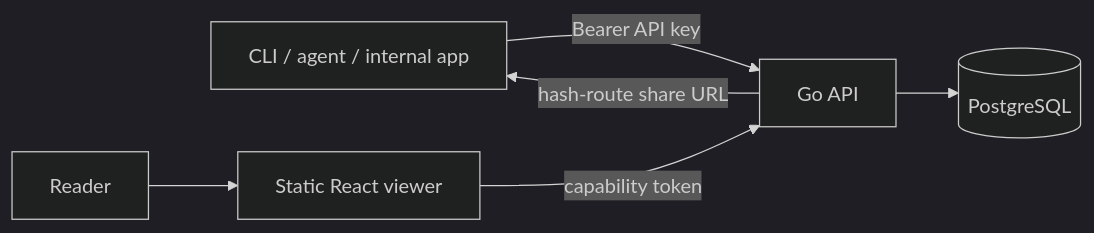
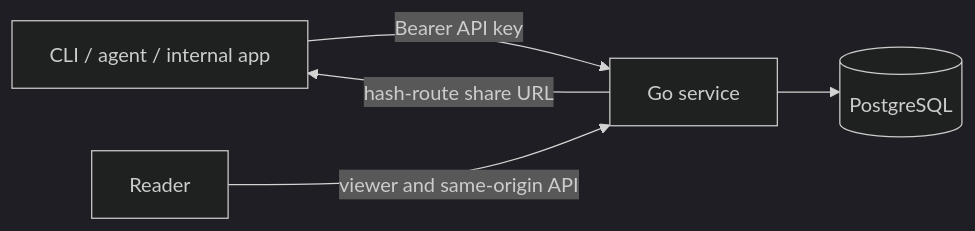
One commit to narumiruna/morsel changed the diagram in README.md. Above: the diagram before and after it, drawn with Mermaid (dark theme). The commit also changed other lines of this file and 29 other files, not shown here.

Commit message:
refactor: deploy Morsel on a single origin

````diff
--- a/README.md
+++ b/README.md
@@ -7,8 +7,7 @@
 ```mermaid
 flowchart LR
-    Client[CLI / agent / internal app] -->|Bearer API key| API[Go API]
-    API --> DB[(PostgreSQL)]
-    API -->|hash-route share URL| Client
-    Reader[Reader] --> Viewer[Static React viewer]
-    Viewer -->|capability token| API
+    Client[CLI / agent / internal app] -->|Bearer API key| Morsel[Go service]
+    Reader[Reader] -->|viewer and same-origin API| Morsel
+    Morsel --> DB[(PostgreSQL)]
+    Morsel -->|hash-route share URL| Client
 ```
````
